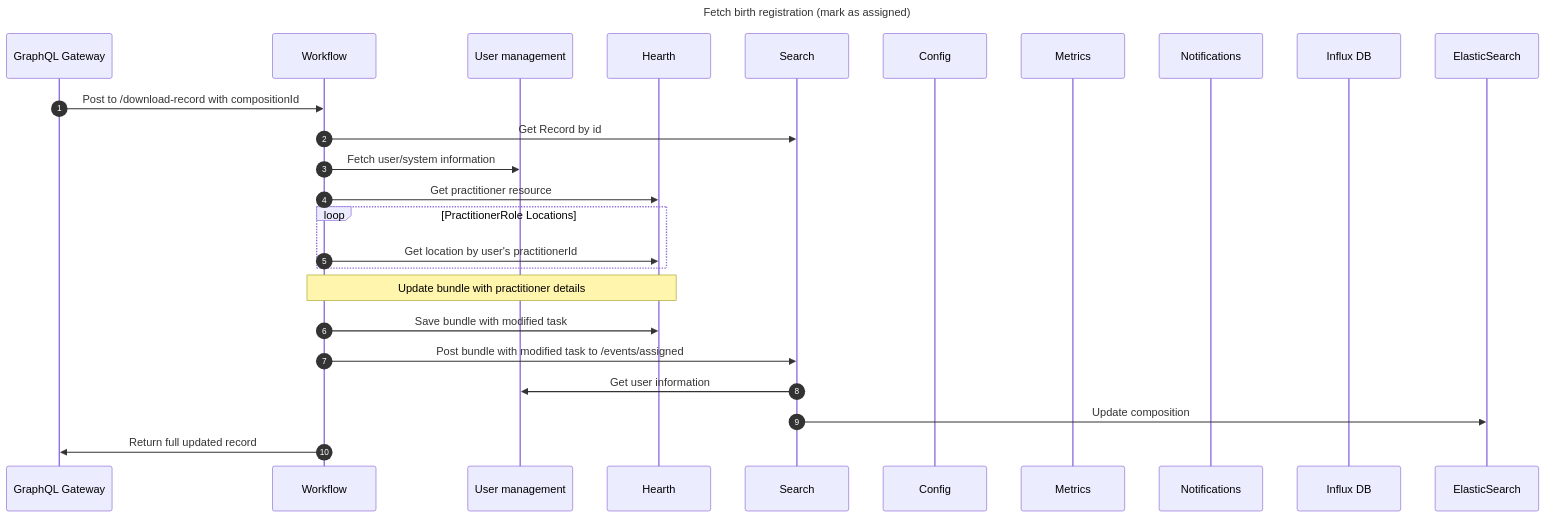
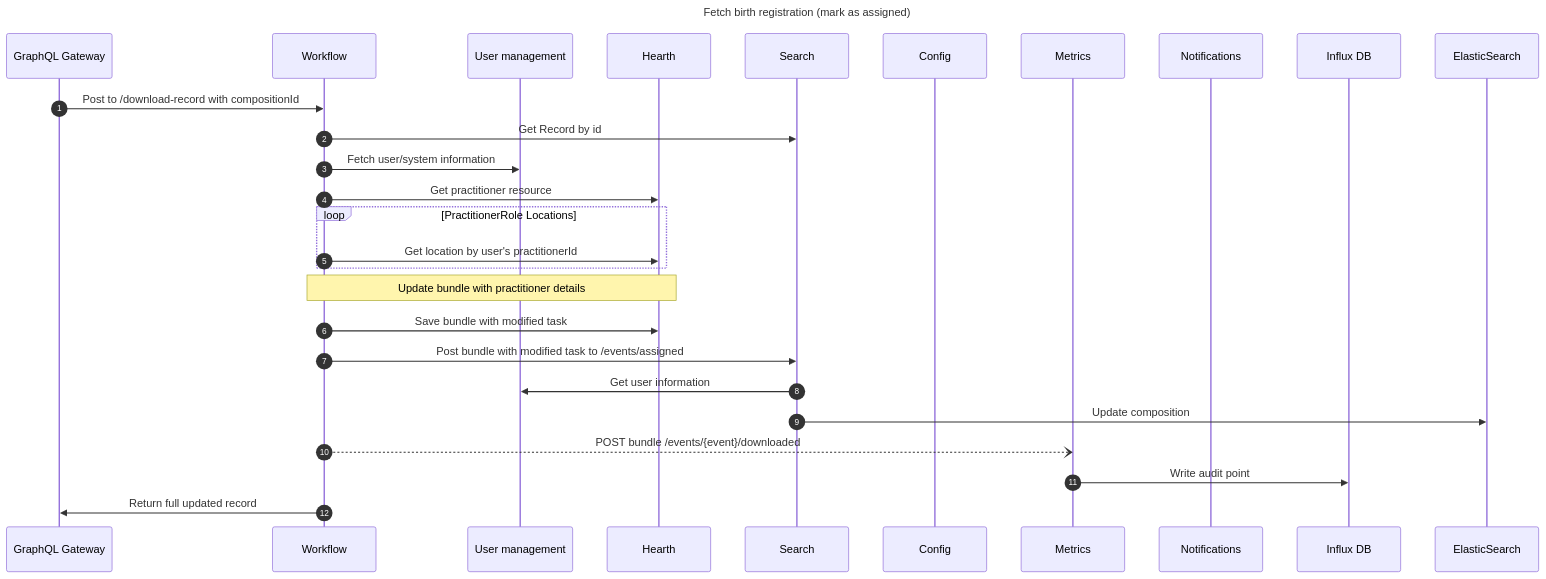
Before and after one commit to opencrvs/opencrvs-core: the diagram in sequence-diagrams/backend/mark-birth-as-assigned.md, drawn with Mermaid. The commit also changed 1 other file, not shown here.

Commit message:
Update archive and assigned diagrams for metrics calls

````diff
--- a/sequence-diagrams/backend/mark-birth-as-assigned.md
+++ b/sequence-diagrams/backend/mark-birth-as-assigned.md
@@ -3,39 +3,42 @@
 ```mermaid
 ---
 title: Fetch birth registration (mark as assigned)
 ---
 
 sequenceDiagram
     autonumber
     participant GraphQL Gateway
     participant Workflow
     participant User management
     participant Hearth
     participant Search
     participant Config
     participant Metrics
     participant Notifications
     participant Influx DB
     participant ElasticSearch
 
     % markRecordAsDownloadedOrAssigned
       % getTaskEntry
     GraphQL Gateway->>Workflow: Post to /download-record with compositionId
     Workflow->>Search: Get Record by id
 
     Workflow->>User management: Fetch user/system information
     Workflow->>Hearth: Get practitioner resource
 
     loop PractitionerRole Locations
       Workflow->>Hearth: Get location by user's practitionerId
     end
     Note over Workflow,Hearth: Update bundle with practitioner details
 
     Workflow->>Hearth: Save bundle with modified task
     Workflow->>Search: Post bundle with modified task to /events/assigned
 
     Search->>User management: Get user information
     Search->>ElasticSearch: Update composition
 
+    Workflow--)Metrics: POST bundle /events/{event}/downloaded
+    Metrics->>Influx DB: Write audit point
+
     Workflow->>GraphQL Gateway: Return full updated record
 ```
````
